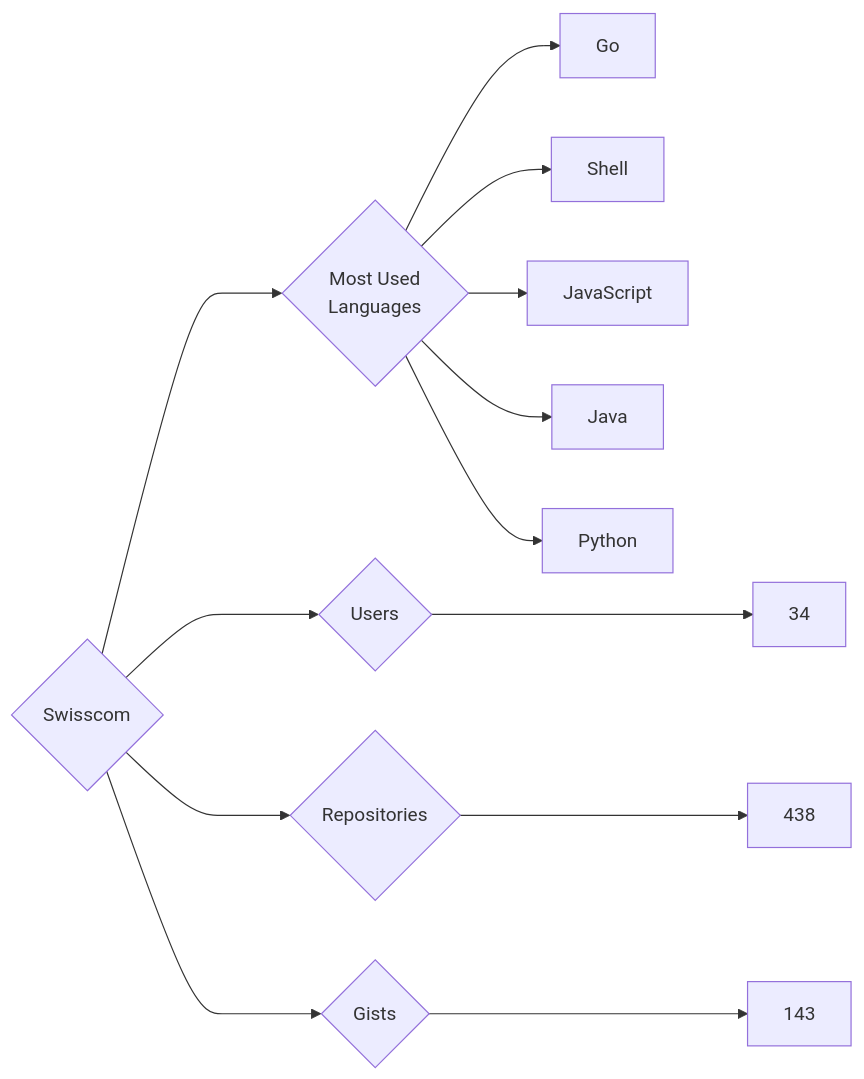
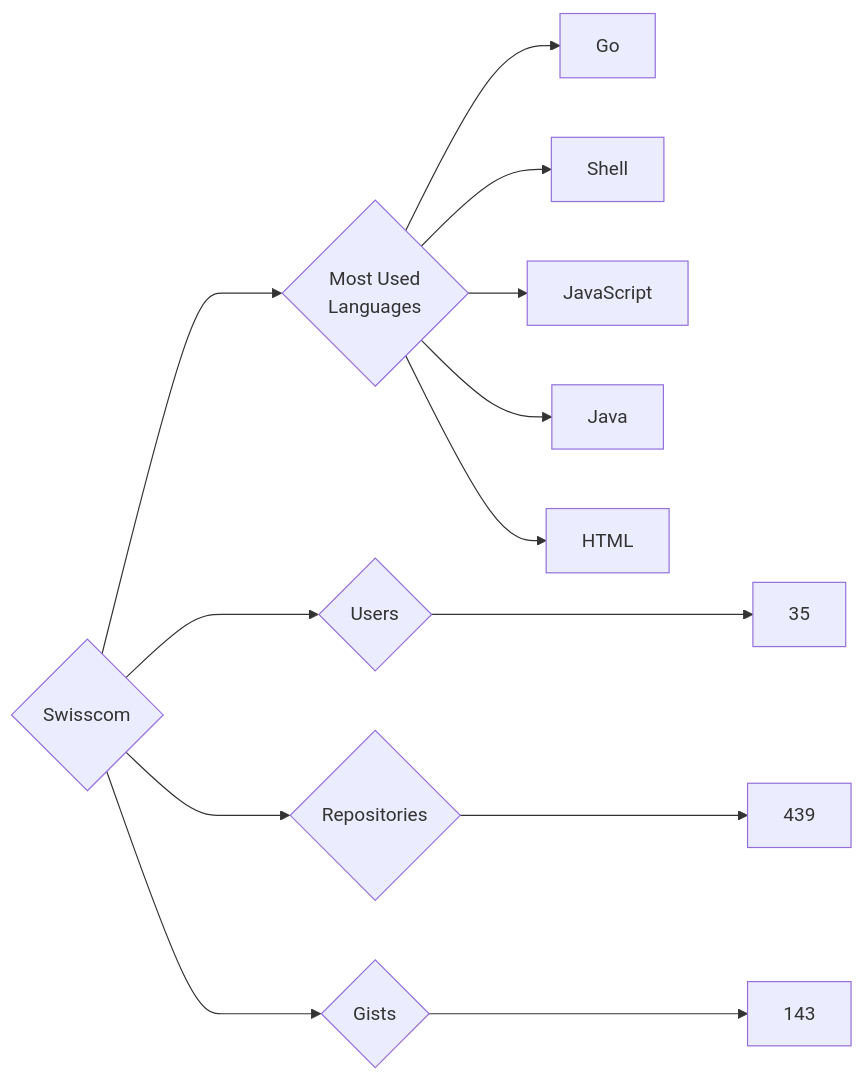
Before and after one commit to trickest/insiders: the diagram in targets/Swisscom/README.md, drawn with Mermaid. The commit also changed 770 other files, not shown here.

````diff
--- a/targets/Swisscom/README.md
+++ b/targets/Swisscom/README.md
@@ -3,13 +3,13 @@
 ```mermaid
 graph LR
 COMPANY_NAME{Swisscom}
-COMPANY_NAME ---> U{Users} ---> UN[34]
-COMPANY_NAME ---> R{Repositories} ---> RN[438]
+COMPANY_NAME ---> U{Users} ---> UN[35]
+COMPANY_NAME ---> R{Repositories} ---> RN[439]
 COMPANY_NAME ---> G{Gists} ---> GN[143]
 COMPANY_NAME ---> ML{Most Used<br>Languages}
 ML --> Go[Go]
 ML --> Shell[Shell]
 ML --> JavaScript[JavaScript]
 ML --> Java[Java]
-ML --> Python[Python]
+ML --> HTML[HTML]
 ```
````
